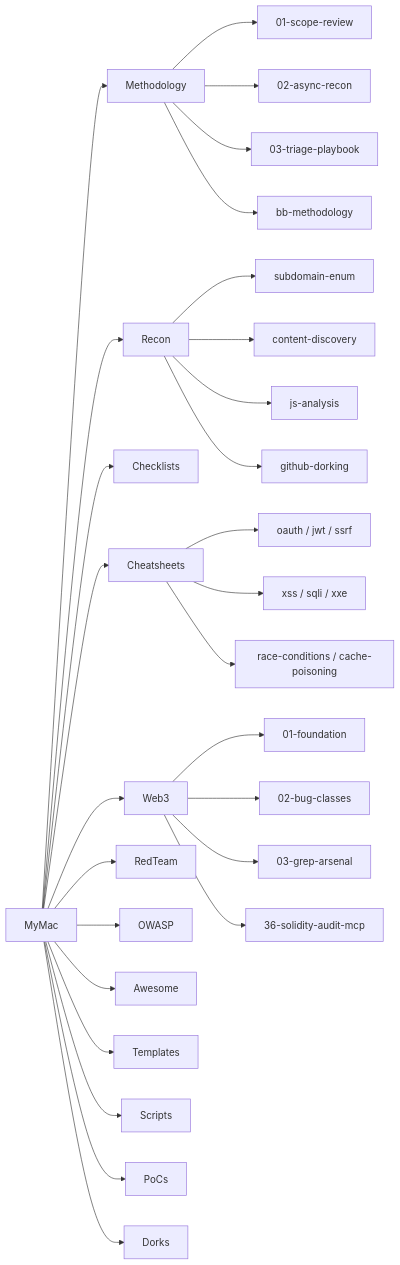
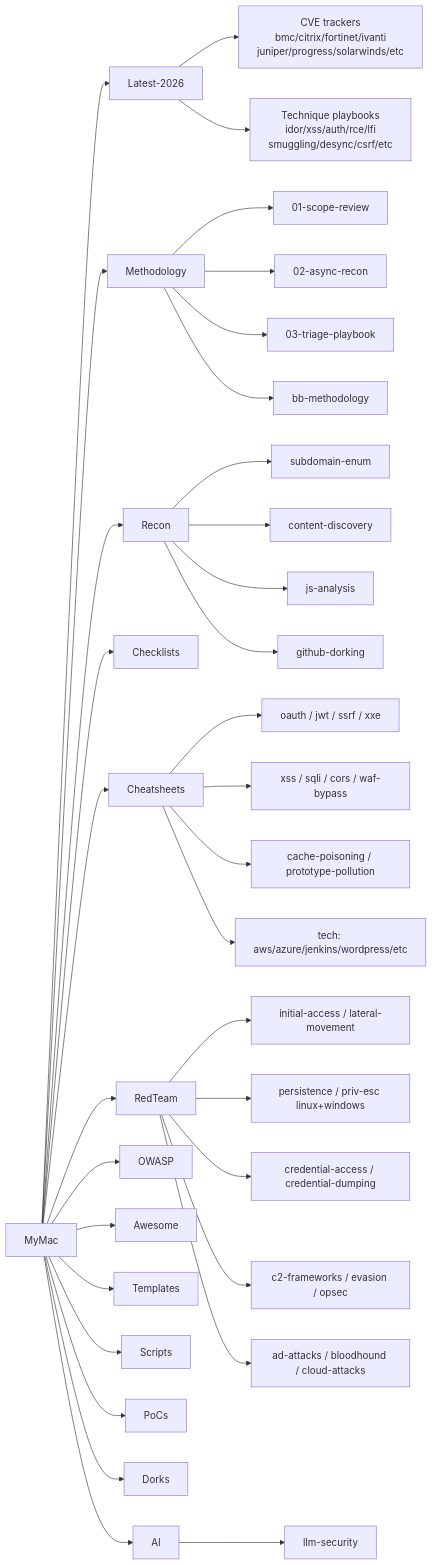
The diagram in INDEX.md (kdairatchi/MyMac), drawn with Mermaid before and after one commit. The commit also changed other lines of this file and 16 other files, not shown here.

First line of the commit message:
refactor: audit and fix Checklists, OWASP, Infosec, Cloudflare-WAF-Bypass dirs

````diff
--- a/INDEX.md
+++ b/INDEX.md
@@ -210,31 +243,42 @@
 ```mermaid
 flowchart LR
-    ROOT[MyMac] --> M[Methodology]
+    ROOT[MyMac] --> L26[Latest-2026]
+    ROOT --> M[Methodology]
     ROOT --> R[Recon]
     ROOT --> CL[Checklists]
     ROOT --> CH[Cheatsheets]
-    ROOT --> W3[Web3]
     ROOT --> RT[RedTeam]
     ROOT --> OW[OWASP]
     ROOT --> AW[Awesome]
     ROOT --> TPL[Templates]
     ROOT --> SC[Scripts]
     ROOT --> POC[PoCs]
     ROOT --> DRK[Dorks]
+    ROOT --> AI[AI]
+
+    L26 --> L26a[CVE trackers\nbmc/citrix/fortinet/ivanti\njuniper/progress/solarwinds/etc]
+    L26 --> L26b[Technique playbooks\nidor/xss/auth/rce/lfi\nsmuggling/desync/csrf/etc]
 
     M --> M1[01-scope-review]
     M --> M2[02-async-recon]
     M --> M3[03-triage-playbook]
     M --> M4[bb-methodology]
+
     R --> R1[subdomain-enum]
     R --> R2[content-discovery]
     R --> R3[js-analysis]
     R --> R4[github-dorking]
-    CH --> CH1[oauth / jwt / ssrf]
-    CH --> CH2[xss / sqli / xxe]
-    CH --> CH3[race-conditions / cache-poisoning]
-    W3 --> W31[01-foundation]
-    W3 --> W32[02-bug-classes]
-    W3 --> W33[03-grep-arsenal]
-    W3 --> W34[36-solidity-audit-mcp]
+
+    CH --> CH1[oauth / jwt / ssrf / xxe]
+    CH --> CH2[xss / sqli / cors / waf-bypass]
+    CH --> CH3[cache-poisoning / prototype-pollution]
+    CH --> CH4[tech: aws/azure/jenkins/wordpress/etc]
+
+    RT --> RT1[initial-access / lateral-movement]
+    RT --> RT2[persistence / priv-esc linux+windows]
+    RT --> RT3[credential-access / credential-dumping]
+    RT --> RT4[c2-frameworks / evasion / opsec]
+    RT --> RT5[ad-attacks / bloodhound / cloud-attacks]
+
+    AI --> AI1[llm-security]
 ```
````
